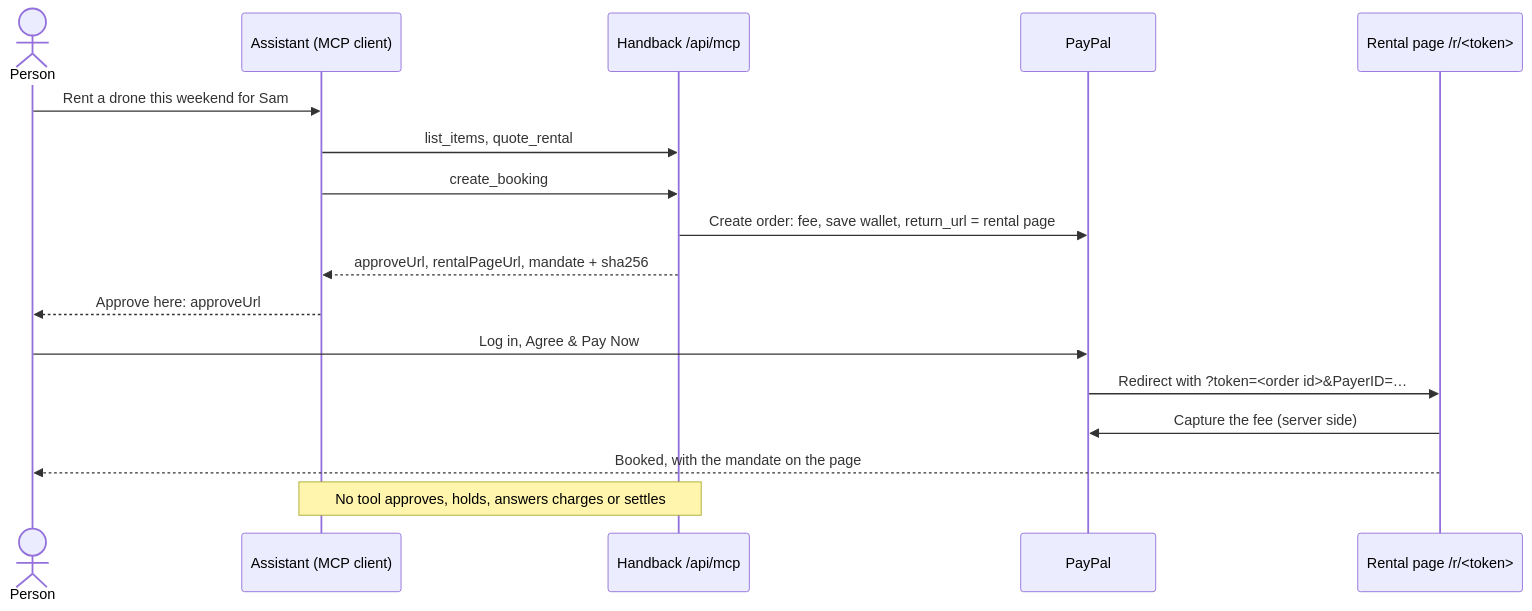
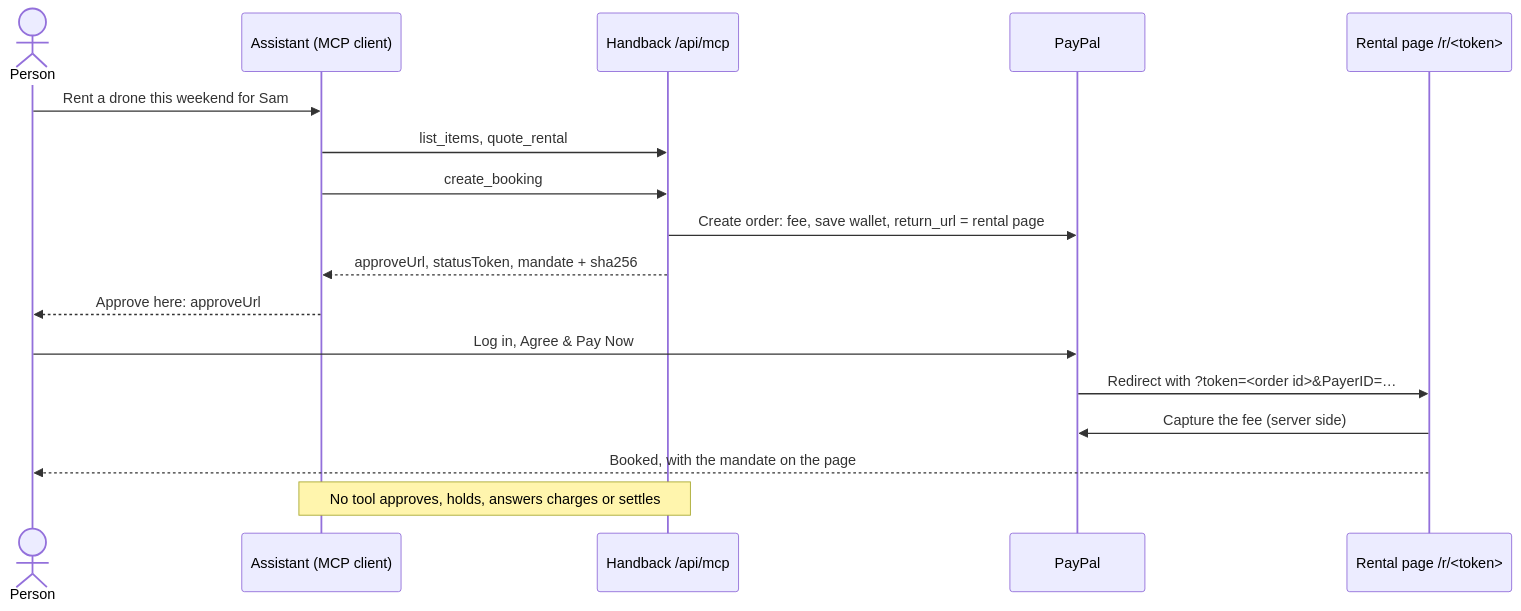
Before and after one commit to ZNLong2203/handback: the diagram in docs/agents.md, drawn with Mermaid. The commit also changed other lines of this file and 16 other files, not shown here.

````diff
--- a/docs/agents.md
+++ b/docs/agents.md
@@ -25,19 +25,19 @@
 ```mermaid
 sequenceDiagram
   actor P as Person
   participant A as Assistant (MCP client)
   participant H as Handback /api/mcp
   participant PP as PayPal
   participant R as Rental page /r/<token>
   P->>A: Rent a drone this weekend for Sam
   A->>H: list_items, quote_rental
   A->>H: create_booking
   H->>PP: Create order: fee, save wallet, return_url = rental page
-  H-->>A: approveUrl, rentalPageUrl, mandate + sha256
+  H-->>A: approveUrl, statusToken, mandate + sha256
   A-->>P: Approve here: approveUrl
   P->>PP: Log in, Agree & Pay Now
   PP->>R: Redirect with ?token=<order id>&PayerID=…
   R->>PP: Capture the fee (server side)
   R-->>P: Booked, with the mandate on the page
   Note over A,H: No tool approves, holds, answers charges or settles
 ```
````
